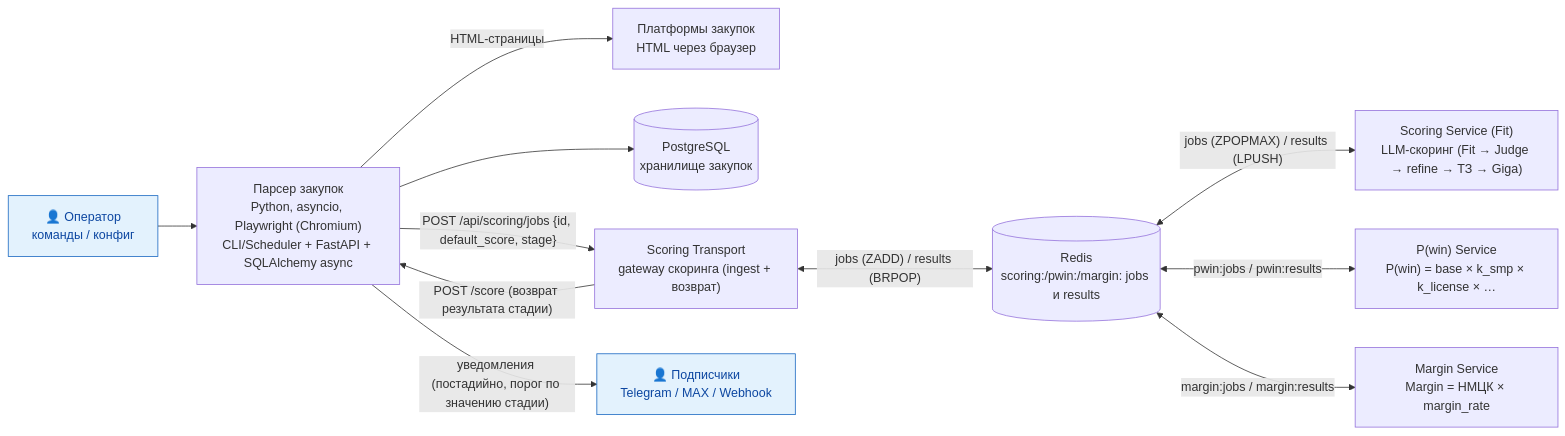
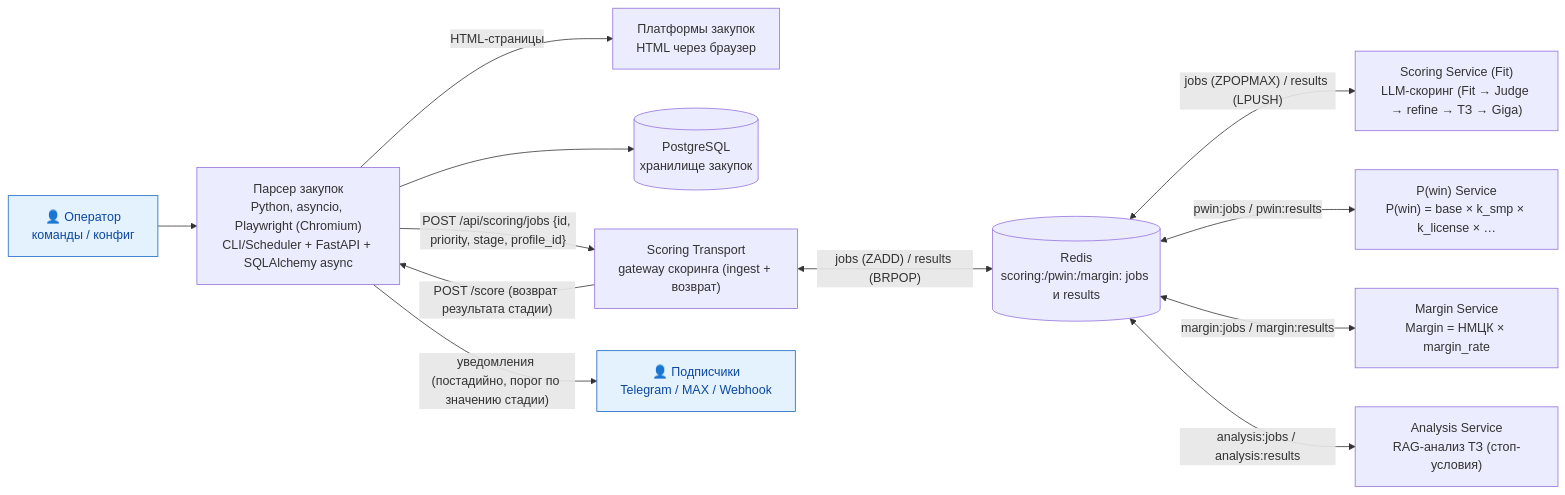
Before and after one commit to igorvolk1961/zakupki_parser: the diagram in docs/c4/container.md, drawn with Mermaid. The commit also changed other lines of this file and 14 other files, not shown here.

````diff
--- a/docs/c4/container.md
+++ b/docs/c4/container.md
@@ -5,29 +5,31 @@
 ```mermaid
 flowchart LR
     classDef actor fill:#e3f2fd,stroke:#1565c0,color:#0d47a1
 
     U["👤 Оператор<br/>команды / конфиг"]
     P["Парсер закупок<br/>Python, asyncio, Playwright (Chromium)<br/>CLI/Scheduler + FastAPI + SQLAlchemy async"]
 
     Z["Платформы закупок<br/>HTML через браузер"]
     DB[("PostgreSQL<br/>хранилище закупок")]
     TR["Scoring Transport<br/>gateway скоринга (ingest + возврат)"]
     RS[("Redis<br/>scoring:/pwin:/margin: jobs и results")]
     SF["Scoring Service (Fit)<br/>LLM-скоринг (Fit → Judge → refine → ТЗ → Giga)"]
     SP["P(win) Service<br/>P(win) = base × k_smp × k_license × …"]
     SM["Margin Service<br/>Margin = НМЦК × margin_rate"]
+    AN["Analysis Service<br/>RAG-анализ ТЗ (стоп-условия)"]
     SUB["👤 Подписчики<br/>Telegram / MAX / Webhook"]
 
     U --> P
     P -->|"HTML-страницы"| Z
     P --> DB
-    P -->|"POST /api/scoring/jobs {id, default_score, stage}"| TR
+    P -->|"POST /api/scoring/jobs {id, priority, stage, profile_id}"| TR
     TR <-->|"jobs (ZADD) / results (BRPOP)"| RS
     RS <-->|"jobs (ZPOPMAX) / results (LPUSH)"| SF
     RS <-->|"pwin:jobs / pwin:results"| SP
     RS <-->|"margin:jobs / margin:results"| SM
+    RS <-->|"analysis:jobs / analysis:results"| AN
     TR -->|"POST /score (возврат результата стадии)"| P
     P -->|"уведомления (постадийно, порог по значению стадии)"| SUB
 
     class U,SUB actor
 ```
````
